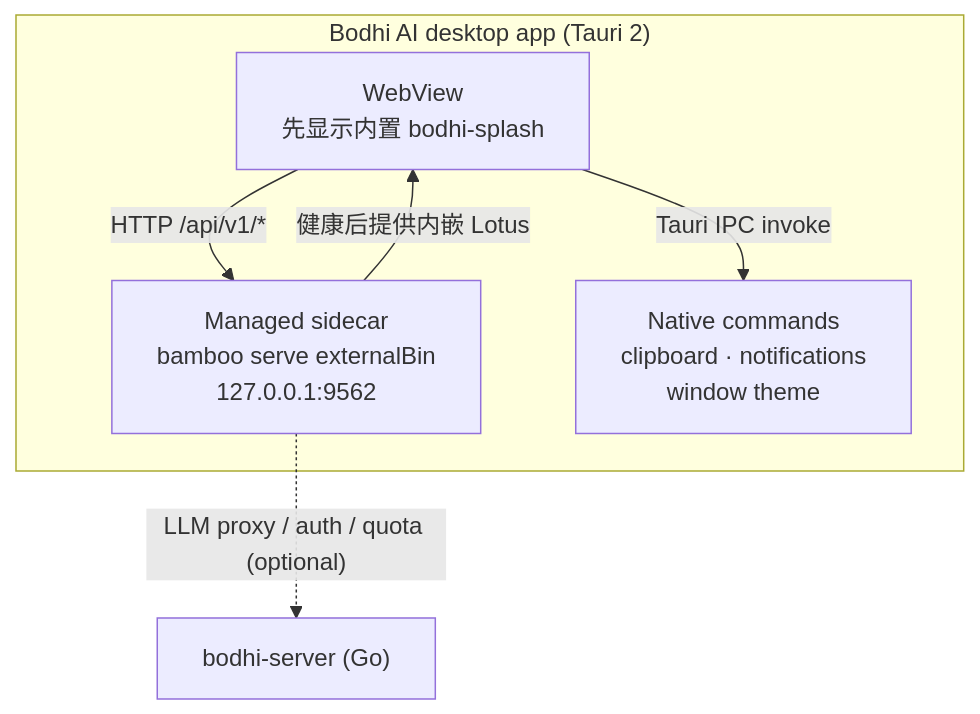
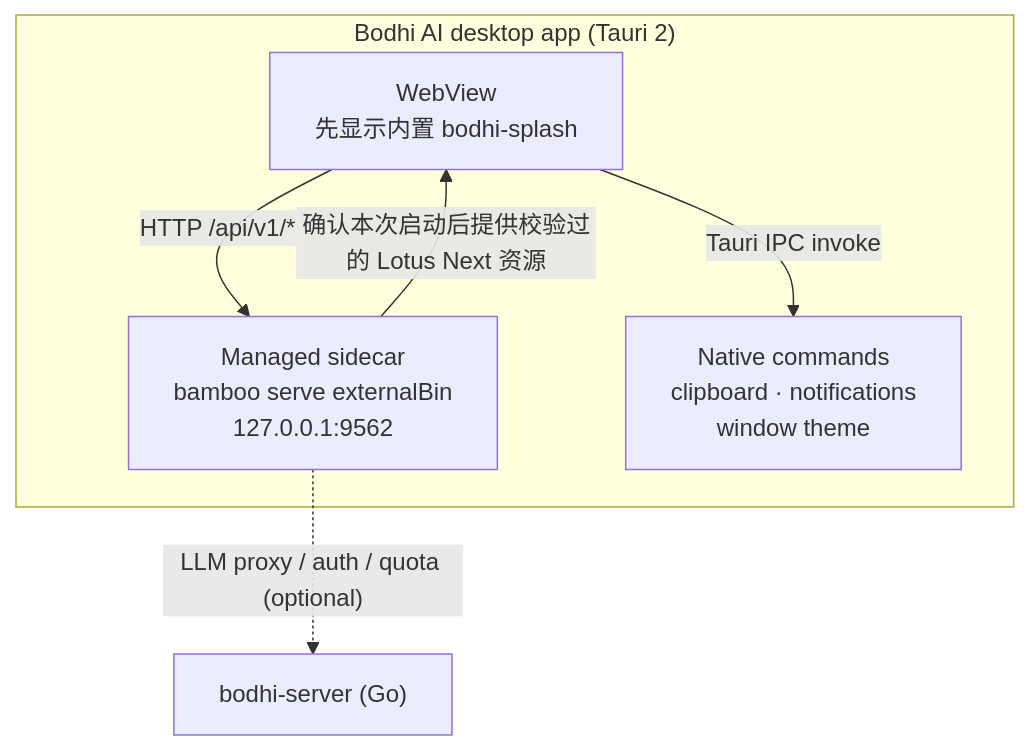
Before and after one commit to bigduu/Bodhi-AI: the diagram in README.zh-CN.md, drawn with Mermaid. The commit also changed other lines of this file and 14 other files, not shown here.

First line of the commit message:
feat: default local Bodhi builds to verified Lotus Next (#62) (#63)

````diff
--- a/README.zh-CN.md
+++ b/README.zh-CN.md
@@ -39,12 +39,12 @@
 ```mermaid
 graph TD
   subgraph Desktop["Bodhi AI desktop app (Tauri 2)"]
     W["WebView<br/>先显示内置 bodhi-splash"]
     E["Managed sidecar<br/>bamboo serve externalBin<br/>127.0.0.1:9562"]
     N["Native commands<br/>clipboard · notifications<br/>window theme"]
-    E -- "健康后提供内嵌 Lotus" --> W
+    E -- "确认本次启动后提供校验过的 Lotus Next 资源" --> W
     W -- "HTTP /api/v1/*" --> E
     W -- "Tauri IPC invoke" --> N
   end
   E -. "LLM proxy / auth / quota (optional)" .-> S["bodhi-server (Go)"]
 ```
````
